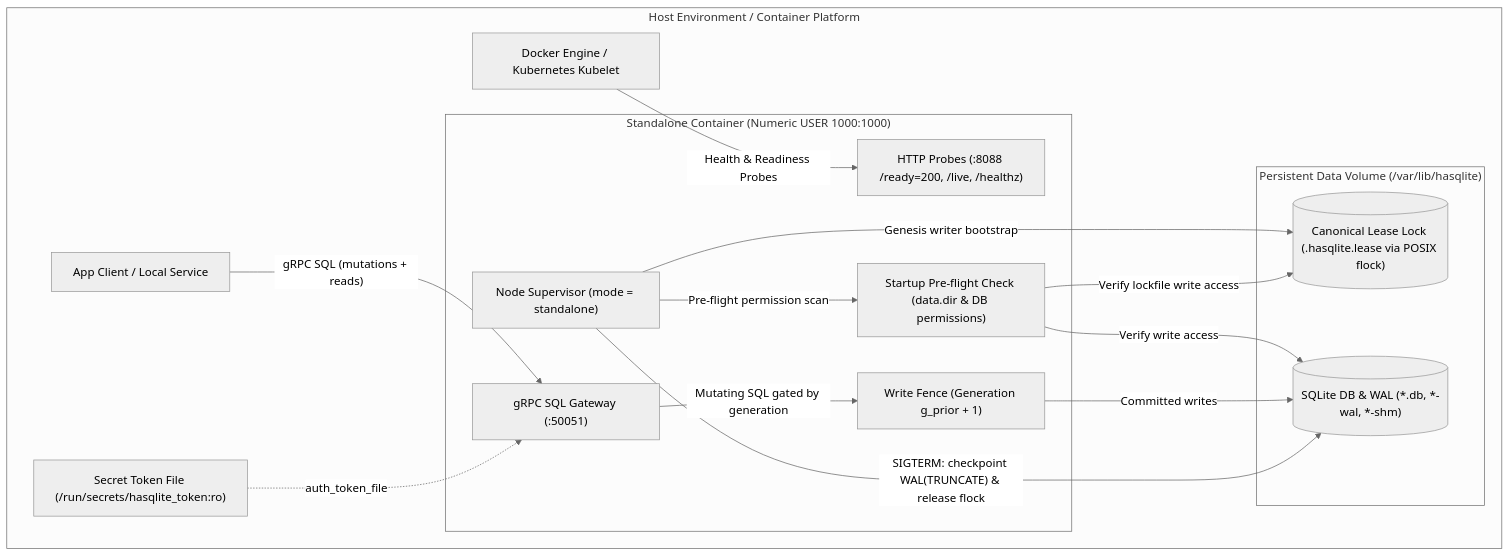
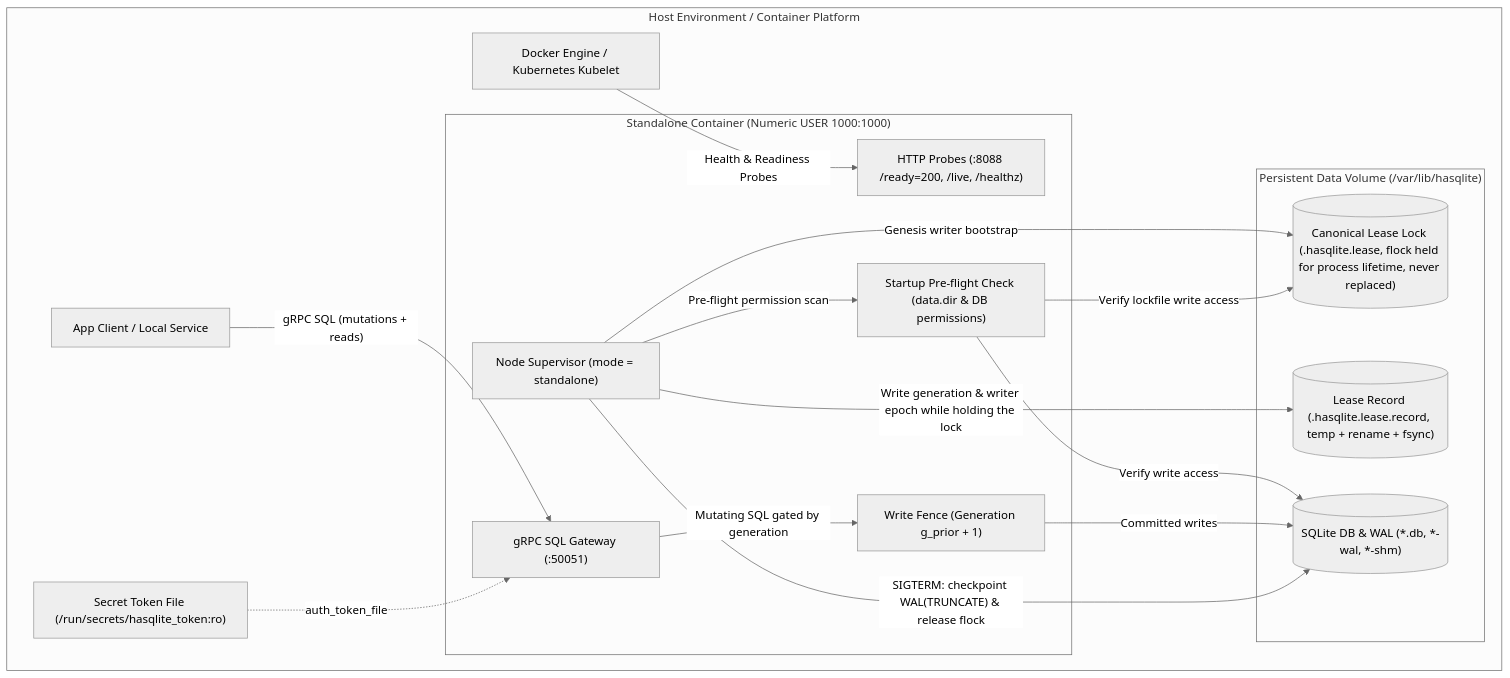
Before and after one commit to sria91/hasqlite: the fourth of 4 diagrams in docs/PLAN.md, drawn with Mermaid (neutral theme). The commit also changed other lines of this file and 10 other files, not shown here.

````diff
--- a/docs/PLAN.md
+++ b/docs/PLAN.md
@@ -342,35 +403,37 @@
 ```mermaid
 flowchart TB
   subgraph host ["Host Environment / Container Platform"]
     CLIENT["App Client / Local Service"]
     PLATFORM["Docker Engine / Kubernetes Kubelet"]
 
     subgraph container ["Standalone Container (Numeric USER 1000:1000)"]
       CTRL["Node Supervisor (mode = standalone)"]
       PREFLIGHT["Startup Pre-flight Check (data.dir & DB permissions)"]
       GW["gRPC SQL Gateway (:50051)"]
       FENCE["Write Fence (Generation g_prior + 1)"]
       PROBES["HTTP Probes (:8088 /ready=200, /live, /healthz)"]
     end
 
     subgraph volume ["Persistent Data Volume (/var/lib/hasqlite)"]
-      LOCK[("Canonical Lease Lock (.hasqlite.lease via POSIX flock)")]
+      LOCK[("Canonical Lease Lock (.hasqlite.lease, flock held for process lifetime, never replaced)")]
+      RECORD[("Lease Record (.hasqlite.lease.record, temp + rename + fsync)")]
       DB[("SQLite DB & WAL (*.db, *-wal, *-shm)")]
     end
 
     SECRET["Secret Token File (/run/secrets/hasqlite_token:ro)"]
   end
 
   PLATFORM -->|"Health & Readiness Probes"| PROBES
   CLIENT -->|"gRPC SQL (mutations + reads)"| GW
   SECRET -.->|"auth_token_file"| GW
 
   CTRL -->|"Genesis writer bootstrap"| LOCK
+  CTRL -->|"Write generation & writer epoch while holding the lock"| RECORD
   CTRL -->|"Pre-flight permission scan"| PREFLIGHT
   PREFLIGHT -->|"Verify write access"| DB
   PREFLIGHT -->|"Verify lockfile write access"| LOCK
 
   GW -->|"Mutating SQL gated by generation"| FENCE
   FENCE -->|"Committed writes"| DB
   CTRL -->|"SIGTERM: checkpoint WAL(TRUNCATE) & release flock"| DB
 ```
````
